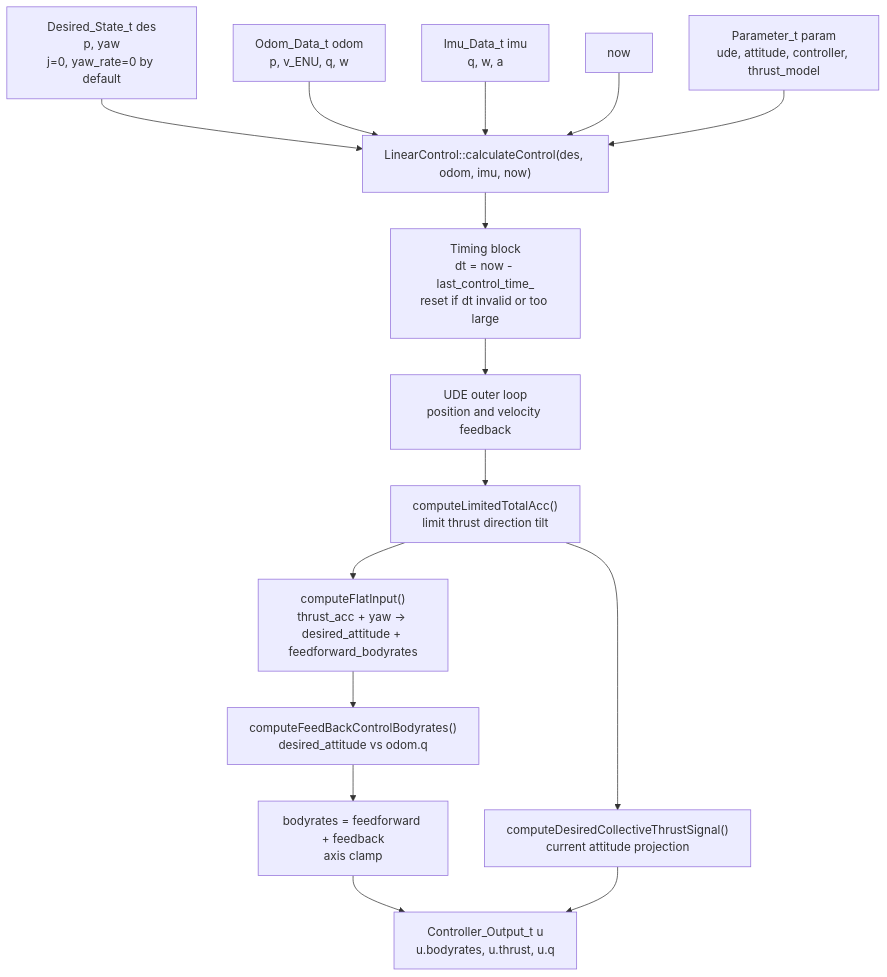
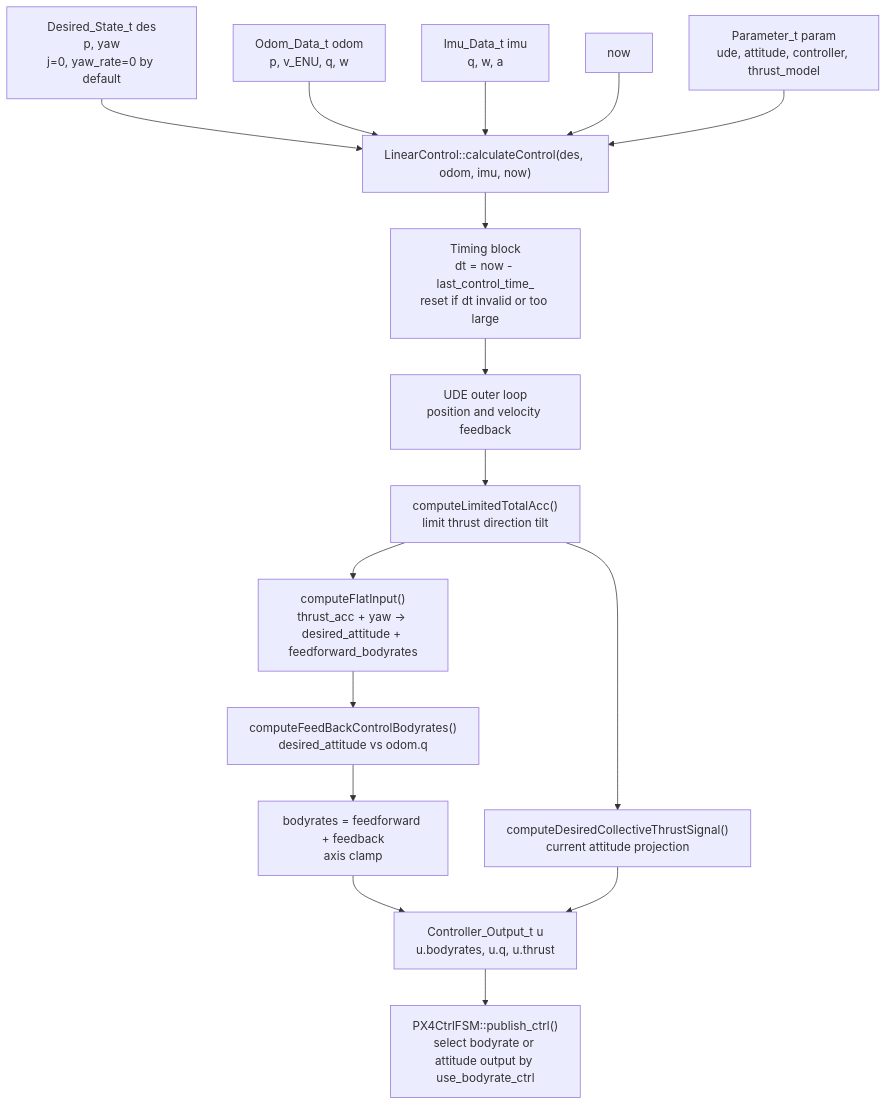
Before and after one commit to fd3s1/lerobot: the first of 8 diagrams in ref_code/vla_px4ctrl_ros2/src/px4ctrl/docs/controller_data_flow.md, drawn with Mermaid. The commit also changed other lines of this file and 4 other files, not shown here.

````diff
--- a/ref_code/vla_px4ctrl_ros2/src/px4ctrl/docs/controller_data_flow.md
+++ b/ref_code/vla_px4ctrl_ros2/src/px4ctrl/docs/controller_data_flow.md
@@ -30,27 +36,28 @@
 ```mermaid
 flowchart TD
   DES["Desired_State_t des<br/>p, yaw<br/>j=0, yaw_rate=0 by default"]
   ODOM["Odom_Data_t odom<br/>p, v_ENU, q, w"]
   IMU["Imu_Data_t imu<br/>q, w, a"]
   NOW["now"]
   PARAM["Parameter_t param<br/>ude, attitude, controller, thrust_model"]
 
   CALC["LinearControl::calculateControl(des, odom, imu, now)"]
 
   DES --> CALC
   ODOM --> CALC
   IMU --> CALC
   NOW --> CALC
   PARAM --> CALC
 
   CALC --> TIME["Timing block<br/>dt = now - last_control_time_<br/>reset if dt invalid or too large"]
   TIME --> UDE["UDE outer loop<br/>position and velocity feedback"]
   UDE --> LIMIT_ACC["computeLimitedTotalAcc()<br/>limit thrust direction tilt"]
   LIMIT_ACC --> FLAT["computeFlatInput()<br/>thrust_acc + yaw -> desired_attitude + feedforward_bodyrates"]
   FLAT --> ATT_FB["computeFeedBackControlBodyrates()<br/>desired_attitude vs odom.q"]
   ATT_FB --> BODYRATE_SUM["bodyrates = feedforward + feedback<br/>axis clamp"]
   LIMIT_ACC --> THRUST["computeDesiredCollectiveThrustSignal()<br/>current attitude projection"]
 
-  BODYRATE_SUM --> OUT["Controller_Output_t u<br/>u.bodyrates, u.thrust, u.q"]
+  BODYRATE_SUM --> OUT["Controller_Output_t u<br/>u.bodyrates, u.q, u.thrust"]
   THRUST --> OUT
+  OUT --> PUB["PX4CtrlFSM::publish_ctrl()<br/>select bodyrate or attitude output by use_bodyrate_ctrl"]
 ```
````
